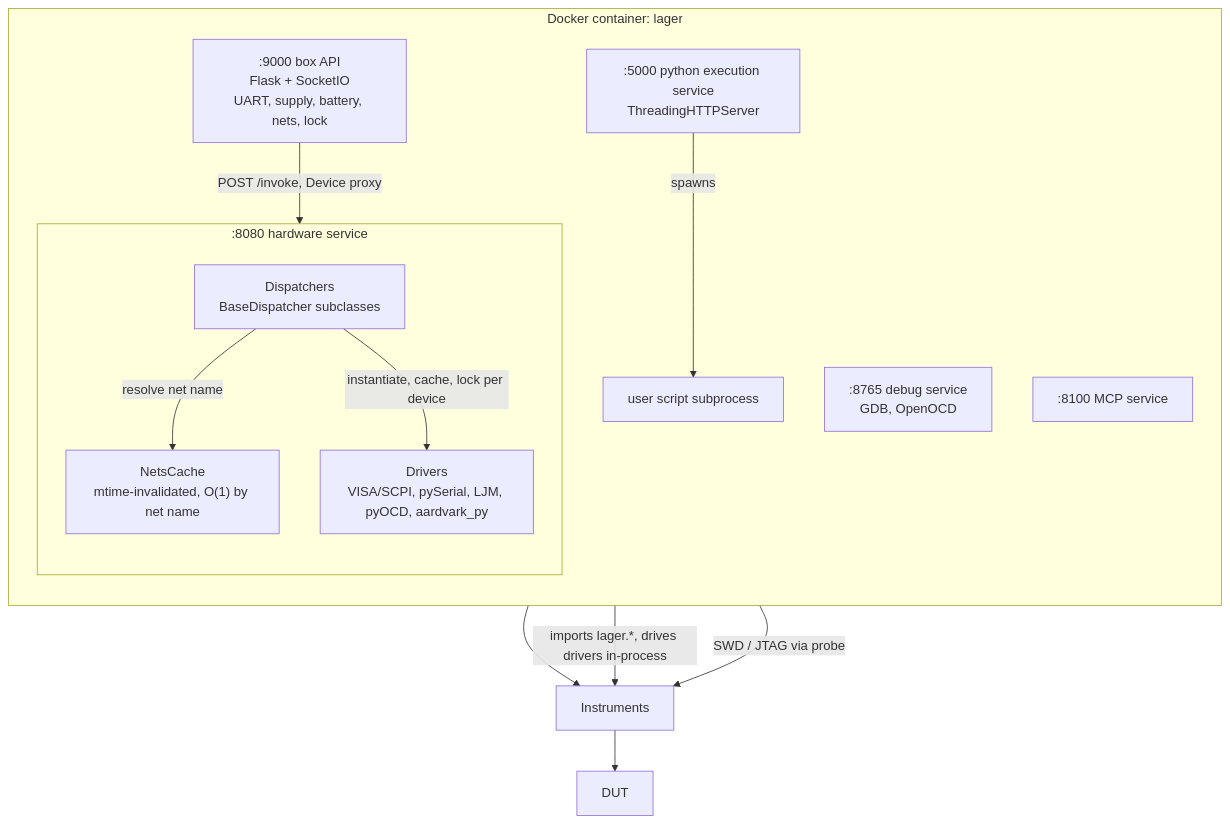
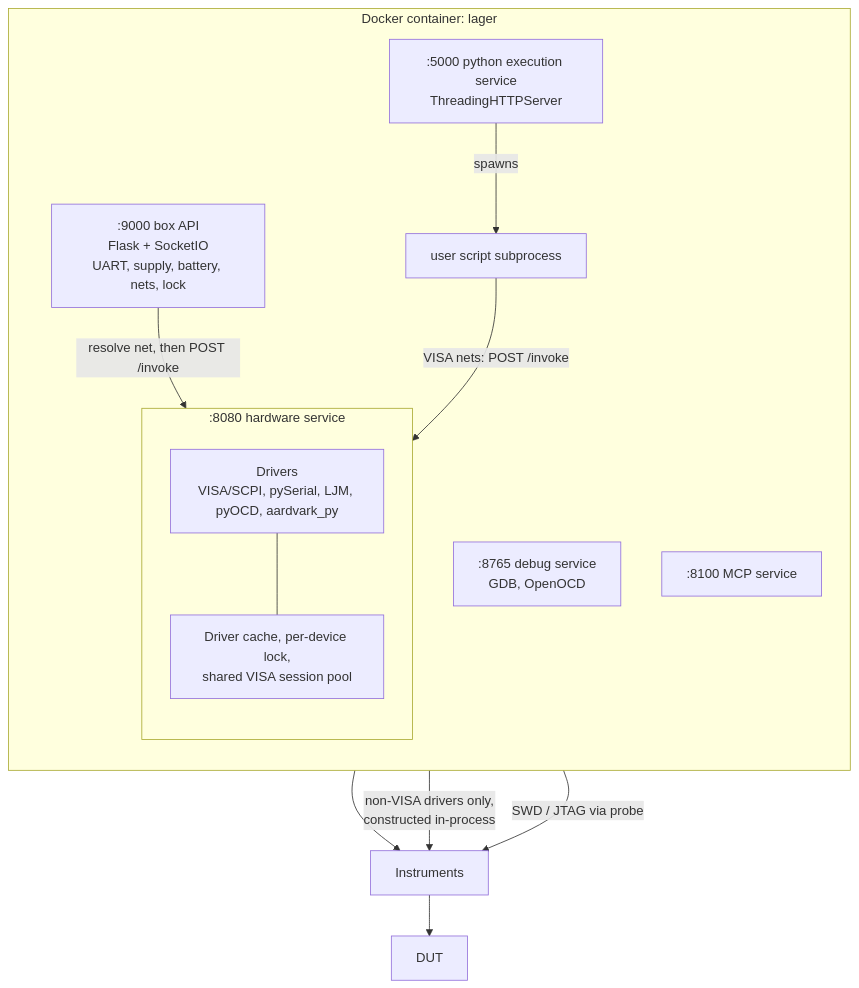
The second of 5 diagrams in docs/source/getting-started/architecture.mdx (lagerdata/lager), drawn with Mermaid before and after one commit. The commit also changed other lines of this file and 2 other files, not shown here.

````diff
--- a/docs/source/getting-started/architecture.mdx
+++ b/docs/source/getting-started/architecture.mdx
@@ -77,32 +84,31 @@
 ```mermaid
 flowchart TB
   subgraph container["Docker container: lager"]
     direction TB
 
     P9000[":9000 box API<br/>Flask + SocketIO<br/>UART, supply, battery, nets, lock"]
     P5000[":5000 python execution service<br/>ThreadingHTTPServer"]
     P8765[":8765 debug service<br/>GDB, OpenOCD"]
     P8100[":8100 MCP service"]
     SUB["user script subprocess"]
 
     subgraph hs[":8080 hardware service"]
       direction TB
-      DISP["Dispatchers<br/>BaseDispatcher subclasses"]
-      CACHE["NetsCache<br/>mtime-invalidated, O(1) by net name"]
       DRV["Drivers<br/>VISA/SCPI, pySerial, LJM, pyOCD, aardvark_py"]
-      DISP -->|"resolve net name"| CACHE
-      DISP -->|"instantiate, cache, lock per device"| DRV
+      OWN["Driver cache, per-device lock,<br/>shared VISA session pool"]
+      DRV --- OWN
     end
 
-    P9000 -->|"POST /invoke, Device proxy"| DISP
+    P9000 -->|"resolve net, then POST /invoke"| DRV
     P5000 -->|"spawns"| SUB
+    SUB -->|"VISA nets: POST /invoke"| DRV
   end
 
   INST["Instruments"]
   DUT["DUT"]
 
   DRV --> INST
-  SUB -->|"imports lager.*, drives drivers in-process"| INST
+  SUB -->|"non-VISA drivers only,<br/>constructed in-process"| INST
   P8765 -->|"SWD / JTAG via probe"| INST
   INST --> DUT
 ```
````
